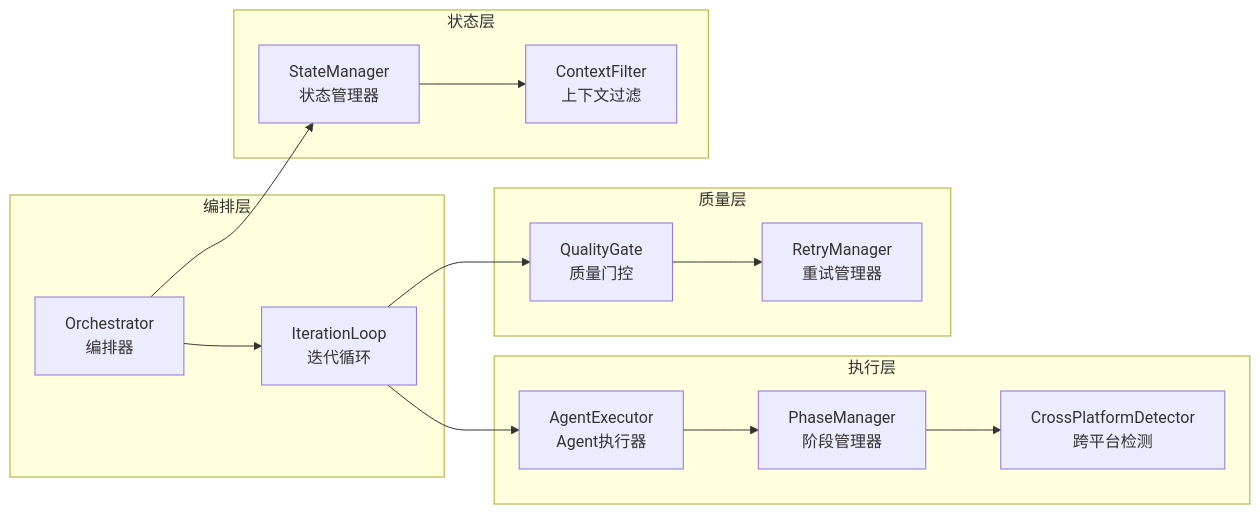
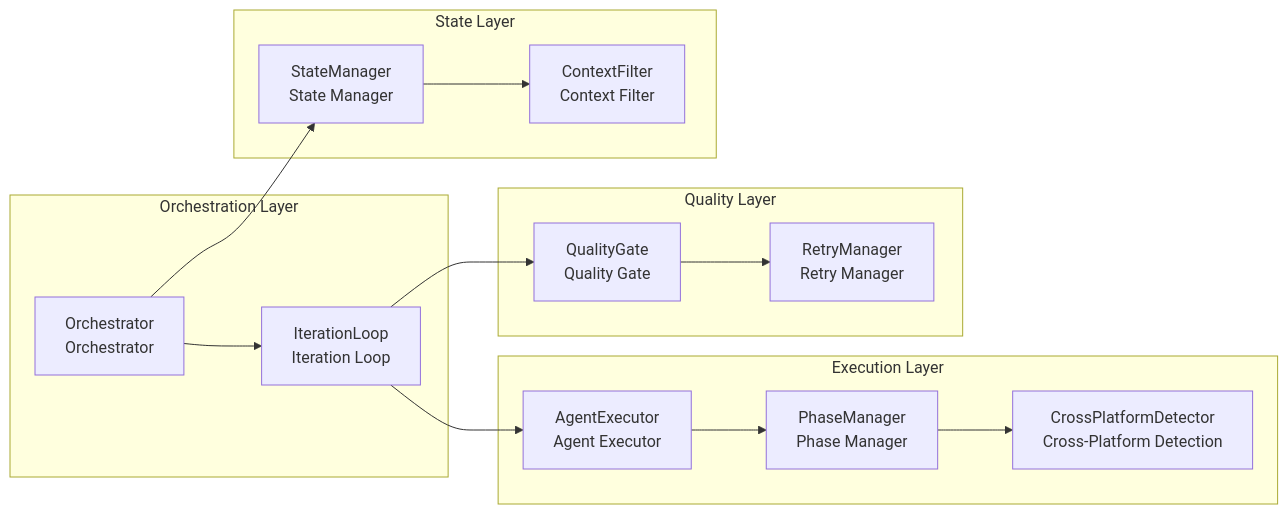
Before and after one commit to Taoidle/plan-cascade: the second of 8 diagrams in docs/System-Architecture.md, drawn with Mermaid. The commit also changed other lines of this file and 13 other files, not shown here.

````diff
--- a/docs/System-Architecture.md
+++ b/docs/System-Architecture.md
@@ -73,32 +75,32 @@
 ```mermaid
 graph LR
-    subgraph "编排层"
-        O[Orchestrator<br/>编排器]
-        IL[IterationLoop<br/>迭代循环]
+    subgraph "Orchestration Layer"
+        O[Orchestrator<br/>Orchestrator]
+        IL[IterationLoop<br/>Iteration Loop]
     end
 
-    subgraph "执行层"
-        AE[AgentExecutor<br/>Agent执行器]
-        PM[PhaseManager<br/>阶段管理器]
-        CPD[CrossPlatformDetector<br/>跨平台检测]
+    subgraph "Execution Layer"
+        AE[AgentExecutor<br/>Agent Executor]
+        PM[PhaseManager<br/>Phase Manager]
+        CPD[CrossPlatformDetector<br/>Cross-Platform Detection]
     end
 
-    subgraph "质量层"
-        QG[QualityGate<br/>质量门控]
-        RM[RetryManager<br/>重试管理器]
+    subgraph "Quality Layer"
+        QG[QualityGate<br/>Quality Gate]
+        RM[RetryManager<br/>Retry Manager]
     end
 
-    subgraph "状态层"
-        SM[StateManager<br/>状态管理器]
-        CF[ContextFilter<br/>上下文过滤]
+    subgraph "State Layer"
+        SM[StateManager<br/>State Manager]
+        CF[ContextFilter<br/>Context Filter]
     end
 
     O --> IL
     IL --> AE
     AE --> PM
     PM --> CPD
     IL --> QG
     QG --> RM
     O --> SM
     SM --> CF
 ```
````
